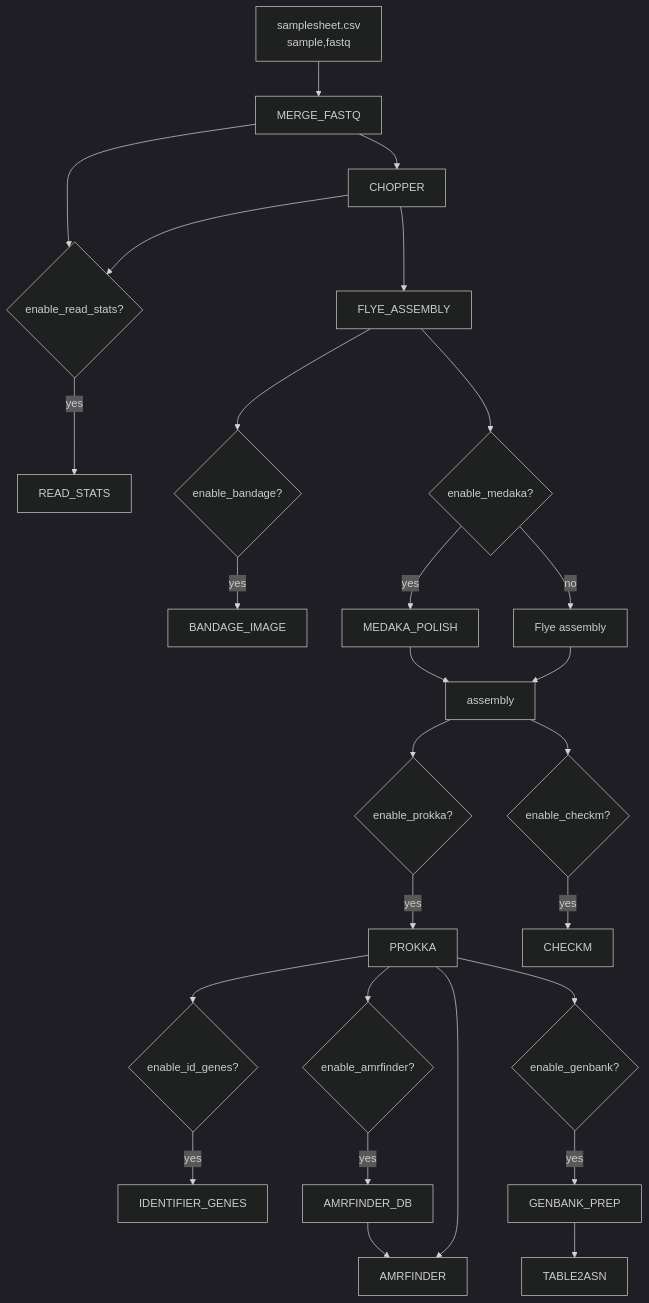
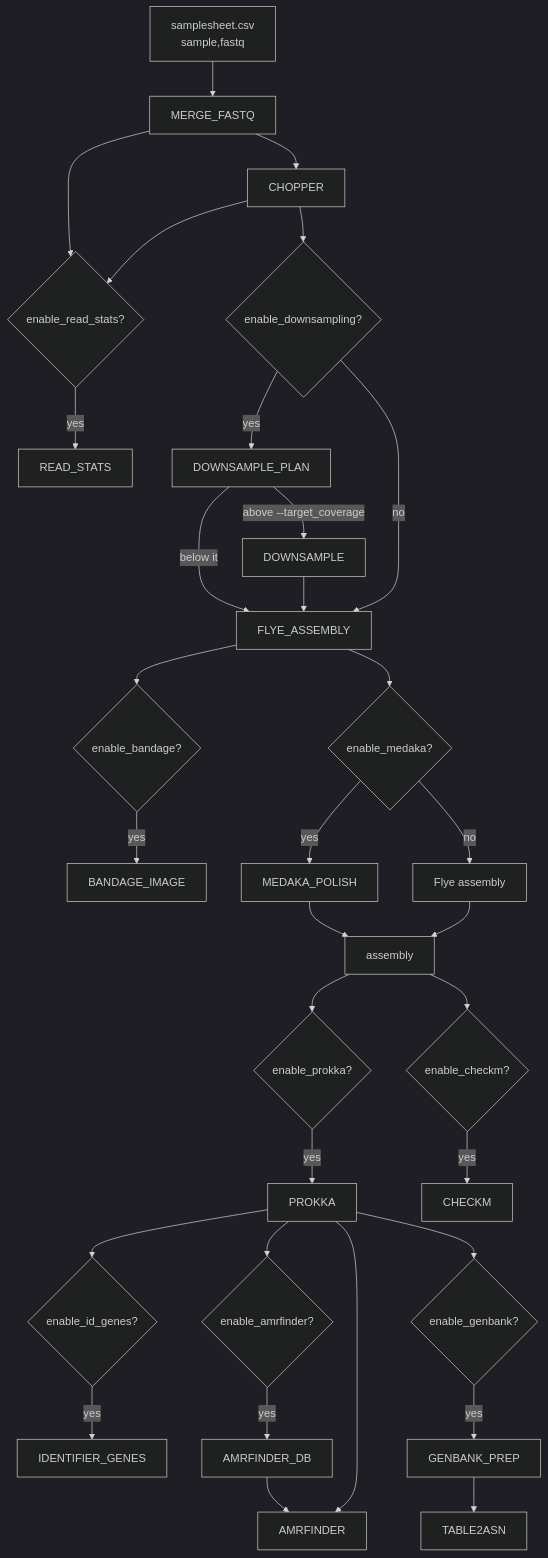
One commit to ehill-iolani/ulana-nf changed the diagram in README.md. Above: the diagram before and after it, drawn with Mermaid (dark theme). The commit also changed other lines of this file and 5 other files, not shown here.

````diff
--- a/README.md
+++ b/README.md
@@ -23,34 +24,39 @@
 ```mermaid
 flowchart TD
   A["samplesheet.csv<br/>sample,fastq"] --> B[MERGE_FASTQ]
   B --> C[CHOPPER]
   B --> R1{enable_read_stats?}
   C --> R1
   R1 -->|yes| R2[READ_STATS]
-  C --> D[FLYE_ASSEMBLY]
+  C --> DS{enable_downsampling?}
+  DS -->|yes| DP[DOWNSAMPLE_PLAN]
+  DP -->|"above --target_coverage"| DD[DOWNSAMPLE]
+  DP -->|below it| D
+  DD --> D
+  DS -->|no| D[FLYE_ASSEMBLY]
 
   D --> D2{enable_bandage?}
   D2 -->|yes| D3[BANDAGE_IMAGE]
 
   D --> E{enable_medaka?}
   E -->|yes| F[MEDAKA_POLISH]
   E -->|no| G[Flye assembly]
   F --> H[assembly]
   G --> H
 
   H --> I{enable_prokka?}
   I -->|yes| J[PROKKA]
 
   H --> K{enable_checkm?}
   K -->|yes| L[CHECKM]
 
   J --> M{enable_id_genes?}
   M -->|yes| N[IDENTIFIER_GENES]
 
   J --> O{enable_amrfinder?}
   O -->|yes| P[AMRFINDER_DB] --> Q[AMRFINDER]
   J --> Q
 
   J --> S{enable_genbank?}
   S -->|yes| T[GENBANK_PREP] --> U[TABLE2ASN]
 ```
````
